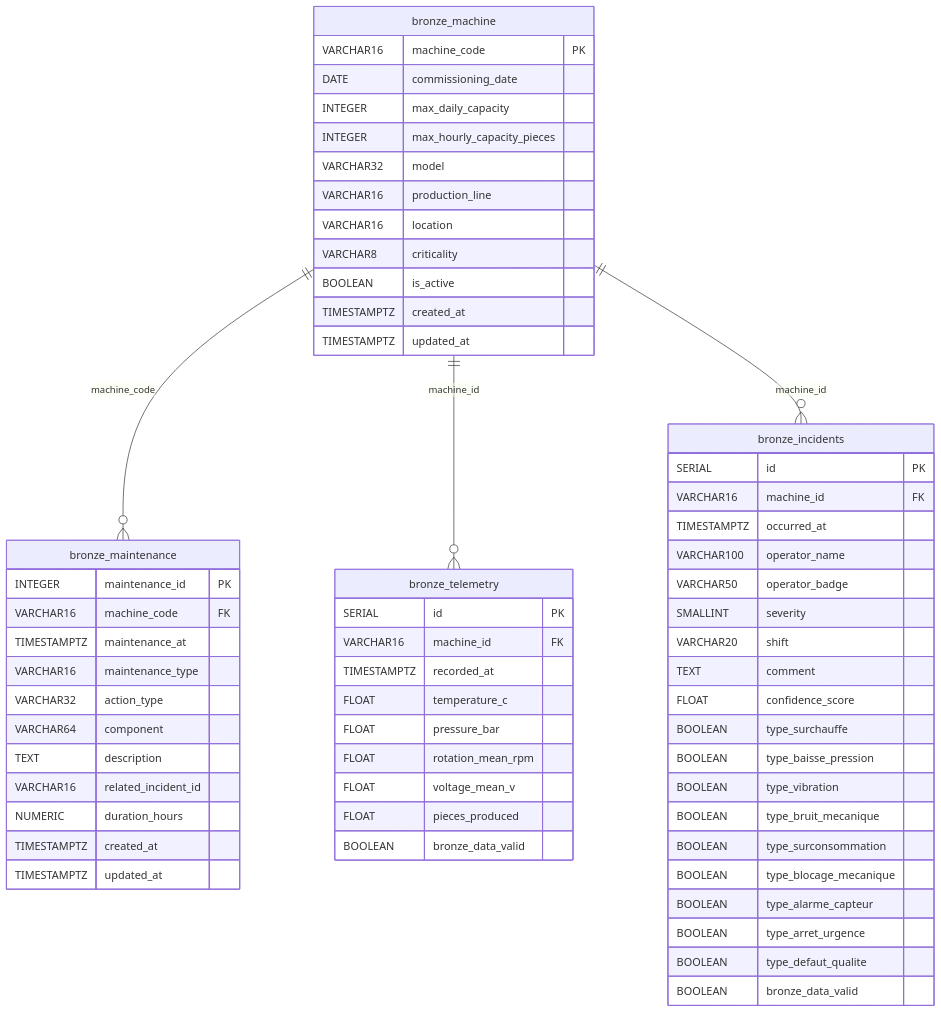
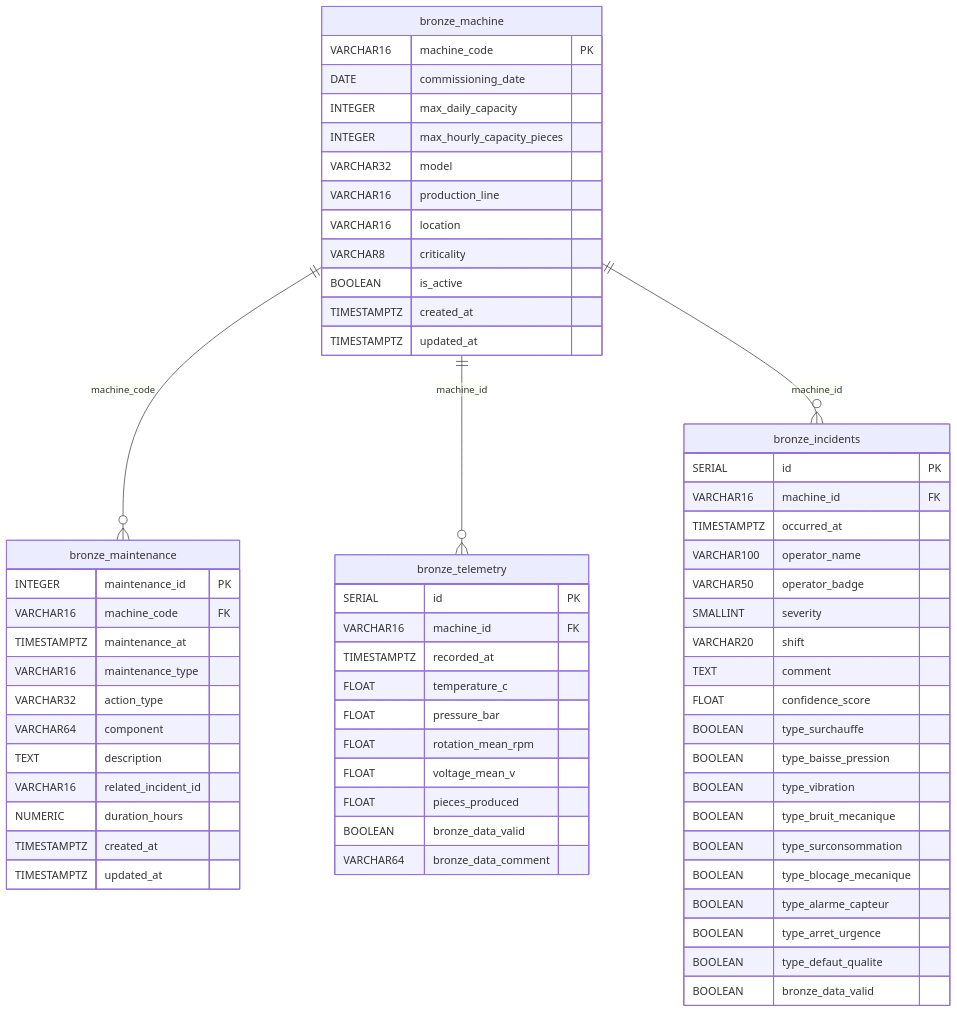
Before and after one commit to kenji21/indusense: the diagram in BRONZE.md, drawn with Mermaid. The commit also changed other lines of this file and 2 other files, not shown here.

Commit message:
Amélioration détection dans le bronze

````diff
--- a/BRONZE.md
+++ b/BRONZE.md
@@ -57,68 +76,69 @@
 ```mermaid
 erDiagram
     bronze_machine {
         VARCHAR16 machine_code PK
         DATE commissioning_date
         INTEGER max_daily_capacity
         INTEGER max_hourly_capacity_pieces
         VARCHAR32 model
         VARCHAR16 production_line
         VARCHAR16 location
         VARCHAR8 criticality
         BOOLEAN is_active
         TIMESTAMPTZ created_at
         TIMESTAMPTZ updated_at
     }
 
     bronze_maintenance {
         INTEGER maintenance_id PK
         VARCHAR16 machine_code FK
         TIMESTAMPTZ maintenance_at
         VARCHAR16 maintenance_type
         VARCHAR32 action_type
         VARCHAR64 component
         TEXT description
         VARCHAR16 related_incident_id
         NUMERIC duration_hours
         TIMESTAMPTZ created_at
         TIMESTAMPTZ updated_at
     }
 
     bronze_telemetry {
         SERIAL id PK
         VARCHAR16 machine_id FK
         TIMESTAMPTZ recorded_at
         FLOAT temperature_c
         FLOAT pressure_bar
         FLOAT rotation_mean_rpm
         FLOAT voltage_mean_v
         FLOAT pieces_produced
         BOOLEAN bronze_data_valid
+        VARCHAR64 bronze_data_comment
     }
 
     bronze_incidents {
         SERIAL id PK
         VARCHAR16 machine_id FK
         TIMESTAMPTZ occurred_at
         VARCHAR100 operator_name
         VARCHAR50 operator_badge
         SMALLINT severity
         VARCHAR20 shift
         TEXT comment
         FLOAT confidence_score
         BOOLEAN type_surchauffe
         BOOLEAN type_baisse_pression
         BOOLEAN type_vibration
         BOOLEAN type_bruit_mecanique
         BOOLEAN type_surconsommation
         BOOLEAN type_blocage_mecanique
         BOOLEAN type_alarme_capteur
         BOOLEAN type_arret_urgence
         BOOLEAN type_defaut_qualite
         BOOLEAN bronze_data_valid
     }
 
     bronze_machine ||--o{ bronze_maintenance : "machine_code"
     bronze_machine ||--o{ bronze_telemetry : "machine_id"
     bronze_machine ||--o{ bronze_incidents : "machine_id"
 ```
````
